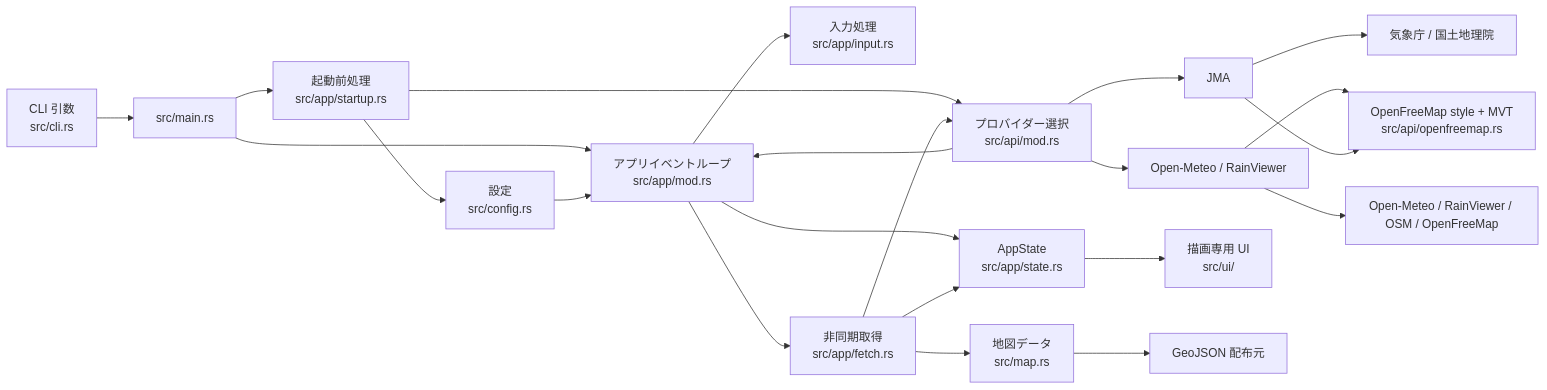
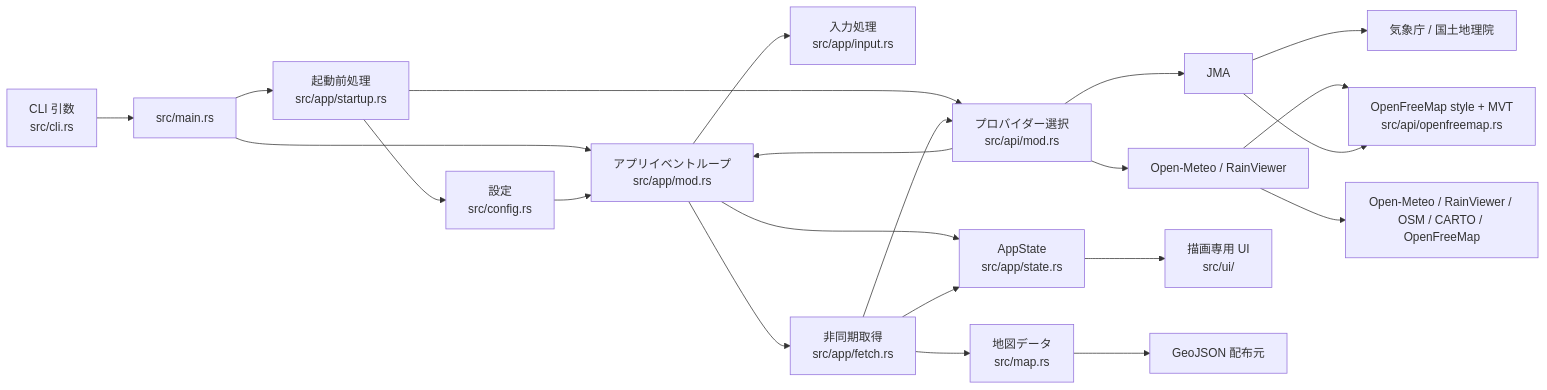
One commit to iorinu/termrain changed the first of 3 diagrams in docs/architecture.md. Above: the diagram before and after it, drawn with Mermaid. The commit also changed 16 other files, not shown here.

````diff
--- a/docs/architecture.md
+++ b/docs/architecture.md
@@ -9,26 +9,26 @@
 ```mermaid
 flowchart LR
     CLI["CLI 引数<br/>src/cli.rs"] --> Main[src/main.rs]
     Main --> Startup["起動前処理<br/>src/app/startup.rs"]
     Startup --> Config["設定<br/>src/config.rs"]
     Startup --> Provider["プロバイダー選択<br/>src/api/mod.rs"]
     Provider --> JMA[JMA]
     Provider --> OpenMeteo[Open-Meteo / RainViewer]
 
     Main --> App["アプリイベントループ<br/>src/app/mod.rs"]
     Config --> App
     Provider --> App
     App --> State["AppState<br/>src/app/state.rs"]
     App --> Input["入力処理<br/>src/app/input.rs"]
     App --> Fetch["非同期取得<br/>src/app/fetch.rs"]
     Fetch --> Provider
     Fetch --> Map["地図データ<br/>src/map.rs"]
     Fetch --> State
     State --> UI["描画専用 UI<br/>src/ui/"]
 
     JMA --> JmaApi[気象庁 / 国土地理院]
-    OpenMeteo --> GlobalApi[Open-Meteo / RainViewer / OSM / OpenFreeMap]
+    OpenMeteo --> GlobalApi[Open-Meteo / RainViewer / OSM / CARTO / OpenFreeMap]
     OpenMeteo --> VectorMap["OpenFreeMap style + MVT<br/>src/api/openfreemap.rs"]
     JMA --> VectorMap
     Map --> GeoJson[GeoJSON 配布元]
 ```
````
